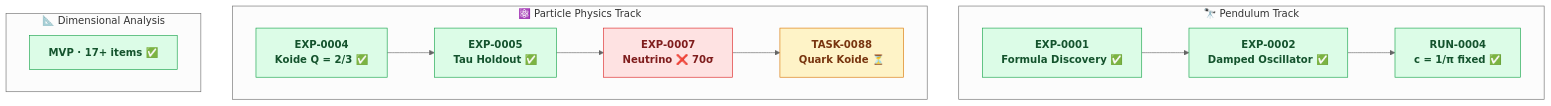
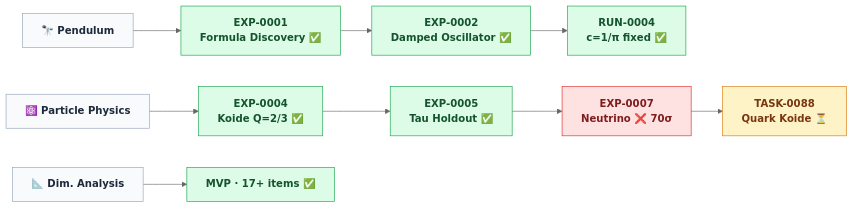
The second of 3 diagrams in README.md (open-agent-science/autonomous-physics-lab), drawn with Mermaid (neutral theme) before and after one commit. The commit also changed other lines of this file, not shown here.

Commit message:
docs(task-0095): fix campaigns diagram layout and clean up APL loop labels
Active Campaigns: replace TB+subgraphs with flat flowchart LR — three
independent chains naturally stack as horizontal parallel rows in GitHub
Mermaid renderer; order Pendulum / Particle Physics / DA top to bottom.

How APL Works: remove folder path labels from nodes (they made text tiny);
simplify to clean single-line labels per node.

https://claude.ai/code/session_01PjxdjDSY2dGC76XBu3xavR

````diff
--- a/README.md
+++ b/README.md
@@ -113,21 +111,11 @@
 ```mermaid
-flowchart TB
-    classDef done fill:#dcfce7,stroke:#16a34a,color:#14532d,font-weight:bold
-    classDef fail fill:#fee2e2,stroke:#dc2626,color:#7f1d1d,font-weight:bold
-    classDef next fill:#fef3c7,stroke:#d97706,color:#78350f,font-weight:bold
+flowchart LR
+    classDef track fill:#f8fafc,stroke:#94a3b8,color:#1e293b,font-weight:bold
+    classDef done  fill:#dcfce7,stroke:#16a34a,color:#14532d,font-weight:bold
+    classDef fail  fill:#fee2e2,stroke:#dc2626,color:#7f1d1d,font-weight:bold
+    classDef next  fill:#fef3c7,stroke:#d97706,color:#78350f,font-weight:bold
 
-    subgraph Pendulum["🔭 Pendulum Track"]
-        direction LR
-        P1["EXP-0001\nFormula Discovery ✅"]:::done --> P2["EXP-0002\nDamped Oscillator ✅"]:::done --> P3["RUN-0004\nc = 1/π fixed ✅"]:::done
-    end
-
-    subgraph Particle["⚛️ Particle Physics Track"]
-        direction LR
-        K1["EXP-0004\nKoide Q = 2/3 ✅"]:::done --> K2["EXP-0005\nTau Holdout ✅"]:::done --> K3["EXP-0007\nNeutrino ❌ 70σ"]:::fail --> K4["TASK-0088\nQuark Koide ⏳"]:::next
-    end
-
-    subgraph DA["📐 Dimensional Analysis"]
-        direction LR
-        D1["MVP · 17+ items ✅"]:::done
-    end
+    P0["🔭 Pendulum"]:::track --> P1["EXP-0001\nFormula Discovery ✅"]:::done --> P2["EXP-0002\nDamped Oscillator ✅"]:::done --> P3["RUN-0004\nc=1/π fixed ✅"]:::done
+    K0["⚛️ Particle Physics"]:::track --> K1["EXP-0004\nKoide Q=2/3 ✅"]:::done --> K2["EXP-0005\nTau Holdout ✅"]:::done --> K3["EXP-0007\nNeutrino ❌ 70σ"]:::fail --> K4["TASK-0088\nQuark Koide ⏳"]:::next
+    D0["📐 Dim. Analysis"]:::track --> D1["MVP · 17+ items ✅"]:::done
 ```
````
